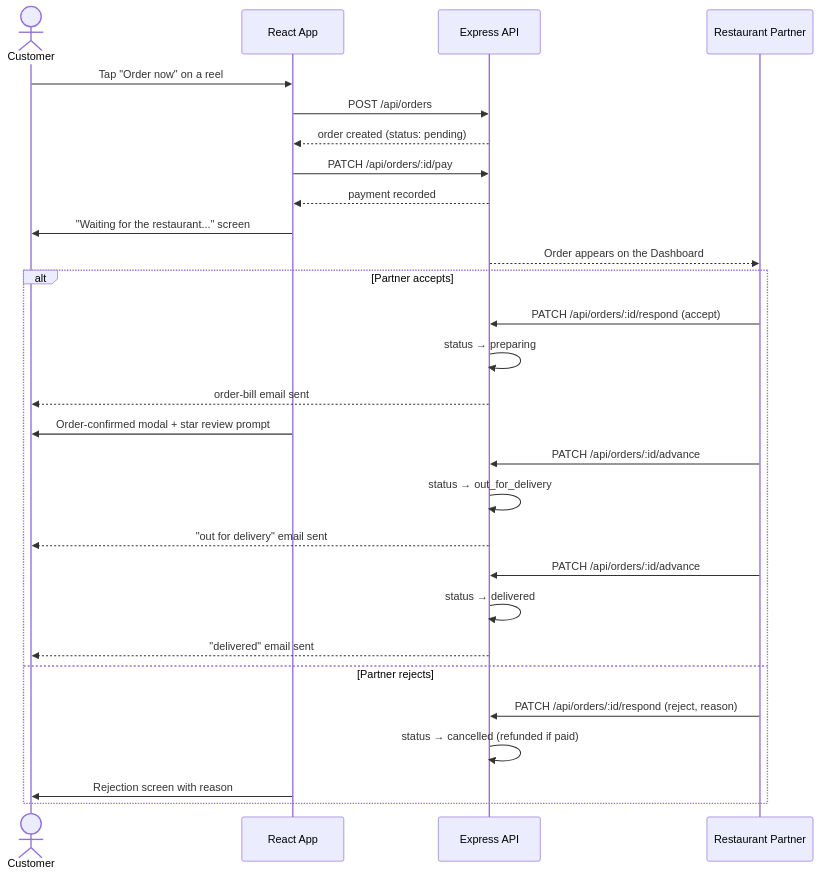
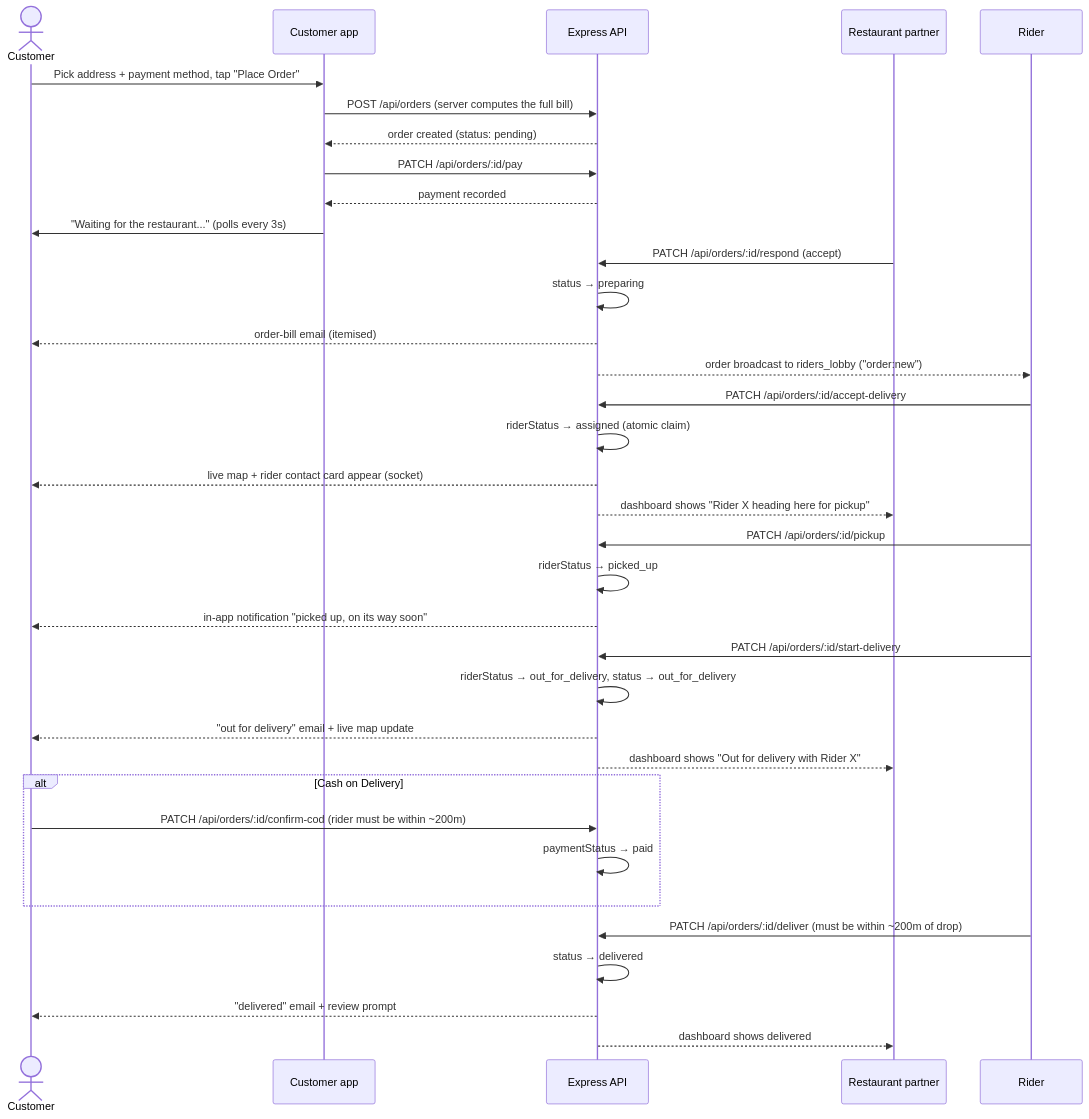
Before and after one commit to titoo9201/ZomaFeeds: the third of 5 diagrams in README.md, drawn with Mermaid. The commit also changed other lines of this file and 73 other files, not shown here.

Commit message:
redesign payment order cart bill and add rider model maps

````diff
--- a/README.md
+++ b/README.md
@@ -237,33 +335,44 @@
 ```mermaid
 sequenceDiagram
     actor U as Customer
-    participant FE as React App
+    participant FE as Customer app
     participant API as Express API
-    participant P as Restaurant Partner
+    participant P as Restaurant partner
+    participant R as Rider
 
-    U->>FE: Tap "Order now" on a reel
-    FE->>API: POST /api/orders
+    U->>FE: Pick address + payment method, tap "Place Order"
+    FE->>API: POST /api/orders (server computes the full bill)
     API-->>FE: order created (status: pending)
     FE->>API: PATCH /api/orders/:id/pay
     API-->>FE: payment recorded
-    FE->>U: "Waiting for the restaurant..." screen
+    FE->>U: "Waiting for the restaurant..." (polls every 3s)
 
-    API-->>P: Order appears on the Dashboard
+    P->>API: PATCH /api/orders/:id/respond (accept)
+    API->>API: status → preparing
+    API-->>U: order-bill email (itemised)
+    API-->>R: order broadcast to riders_lobby ("order:new")
 
-    alt Partner accepts
-        P->>API: PATCH /api/orders/:id/respond (accept)
-        API->>API: status → preparing
-        API-->>U: order-bill email sent
-        FE->>U: Order-confirmed modal + star review prompt
-        P->>API: PATCH /api/orders/:id/advance
-        API->>API: status → out_for_delivery
-        API-->>U: "out for delivery" email sent
-        P->>API: PATCH /api/orders/:id/advance
-        API->>API: status → delivered
-        API-->>U: "delivered" email sent
-    else Partner rejects
-        P->>API: PATCH /api/orders/:id/respond (reject, reason)
-        API->>API: status → cancelled (refunded if paid)
-        FE->>U: Rejection screen with reason
+    R->>API: PATCH /api/orders/:id/accept-delivery
+    API->>API: riderStatus → assigned (atomic claim)
+    API-->>U: live map + rider contact card appear (socket)
+    API-->>P: dashboard shows "Rider X heading here for pickup"
+
+    R->>API: PATCH /api/orders/:id/pickup
+    API->>API: riderStatus → picked_up
+    API-->>U: in-app notification "picked up, on its way soon"
+
+    R->>API: PATCH /api/orders/:id/start-delivery
+    API->>API: riderStatus → out_for_delivery, status → out_for_delivery
+    API-->>U: "out for delivery" email + live map update
+    API-->>P: dashboard shows "Out for delivery with Rider X"
+
+    alt Cash on Delivery
+        U->>API: PATCH /api/orders/:id/confirm-cod (rider must be within ~200m)
+        API->>API: paymentStatus → paid
     end
+
+    R->>API: PATCH /api/orders/:id/deliver (must be within ~200m of drop)
+    API->>API: status → delivered
+    API-->>U: "delivered" email + review prompt
+    API-->>P: dashboard shows delivered
 ```
````
